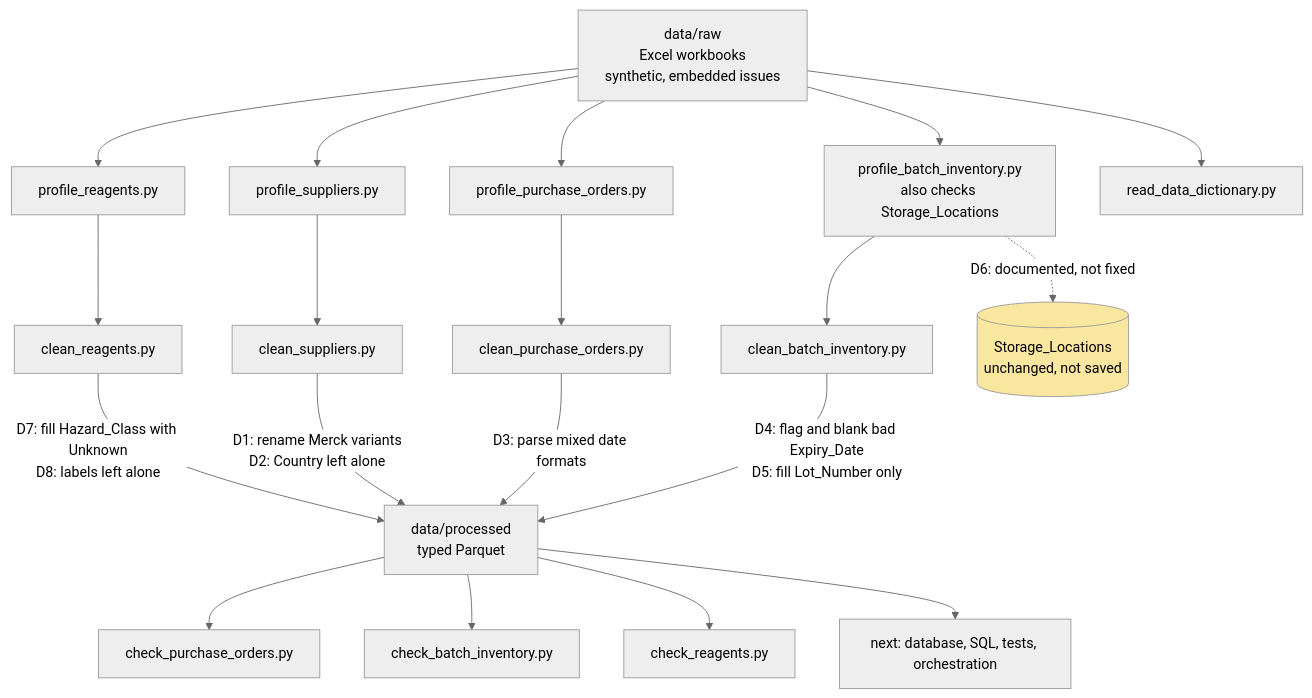
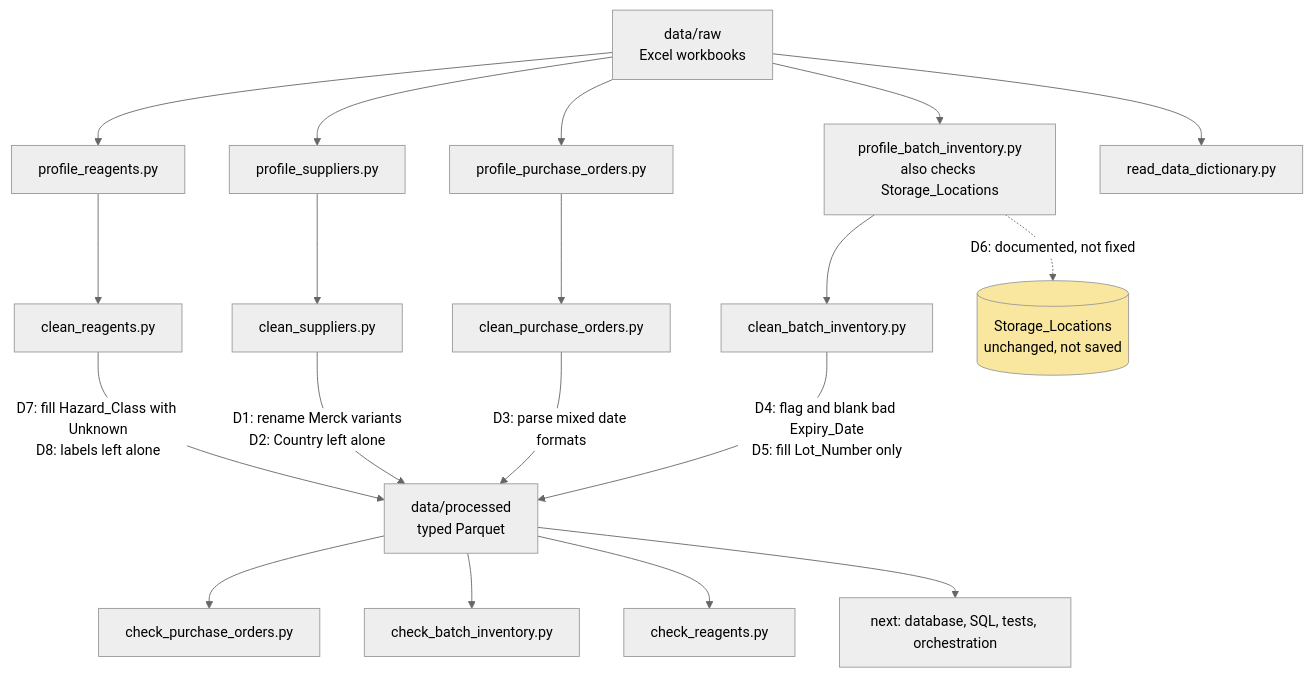
Before and after one commit to xrasana-lang/pharma-data-pipeline: the diagram in README.md, drawn with Mermaid (neutral theme). The commit also changed other lines of this file and 1 other file, not shown here.

Commit message:
Reword findings with domain reasoning and add D10

````diff
--- a/README.md
+++ b/README.md
@@ -19,30 +19,30 @@
 ```mermaid
 flowchart TD
-    RAW["data/raw<br/>Excel workbooks<br/>synthetic, embedded issues"]
+    RAW["data/raw<br/>Excel workbooks"]
 
     RAW --> PR[profile_reagents.py]
     RAW --> PS[profile_suppliers.py]
     RAW --> PPO[profile_purchase_orders.py]
     RAW --> PB["profile_batch_inventory.py<br/>also checks Storage_Locations"]
     RAW --> DD[read_data_dictionary.py]
 
     PR --> CR[clean_reagents.py]
     PS --> CS[clean_suppliers.py]
     PPO --> CPO[clean_purchase_orders.py]
     PB --> CB[clean_batch_inventory.py]
     PB -.->|D6: documented, not fixed| SL[("Storage_Locations<br/>unchanged, not saved")]
 
     CS -->|"D1: rename Merck variants<br/>D2: Country left alone"| OUT
     CPO -->|"D3: parse mixed date formats"| OUT
     CB -->|"D4: flag and blank bad Expiry_Date<br/>D5: fill Lot_Number only"| OUT
     CR -->|"D7: fill Hazard_Class with Unknown<br/>D8: labels left alone"| OUT
 
     OUT["data/processed<br/>typed Parquet"]
 
     OUT --> CK1[check_purchase_orders.py]
     OUT --> CK2[check_batch_inventory.py]
     OUT --> CK3[check_reagents.py]
     OUT --> NEXT["next: database, SQL, tests, orchestration"]
 
     style SL fill:#f9e79f
 ```
````
